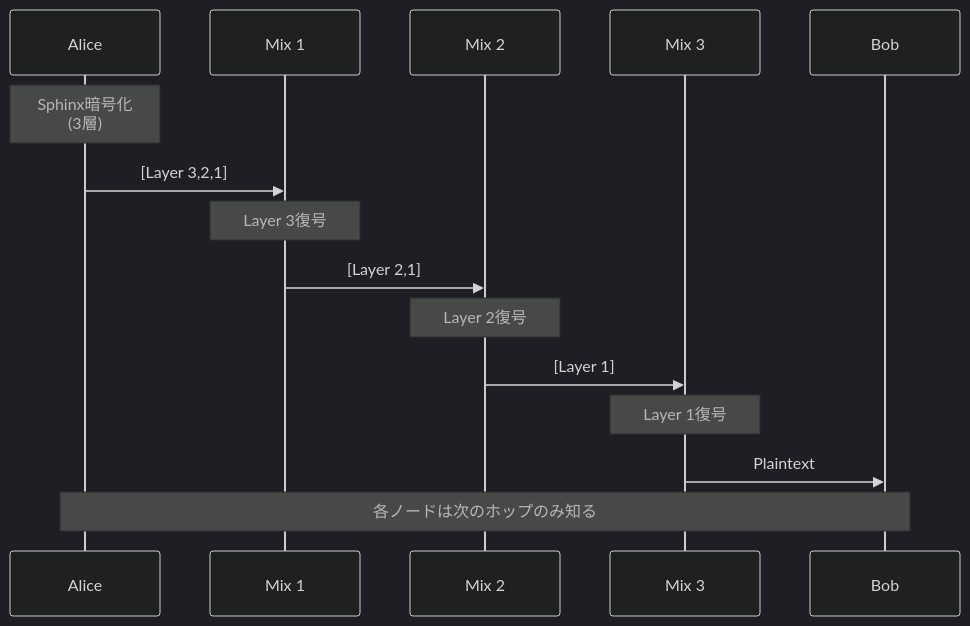
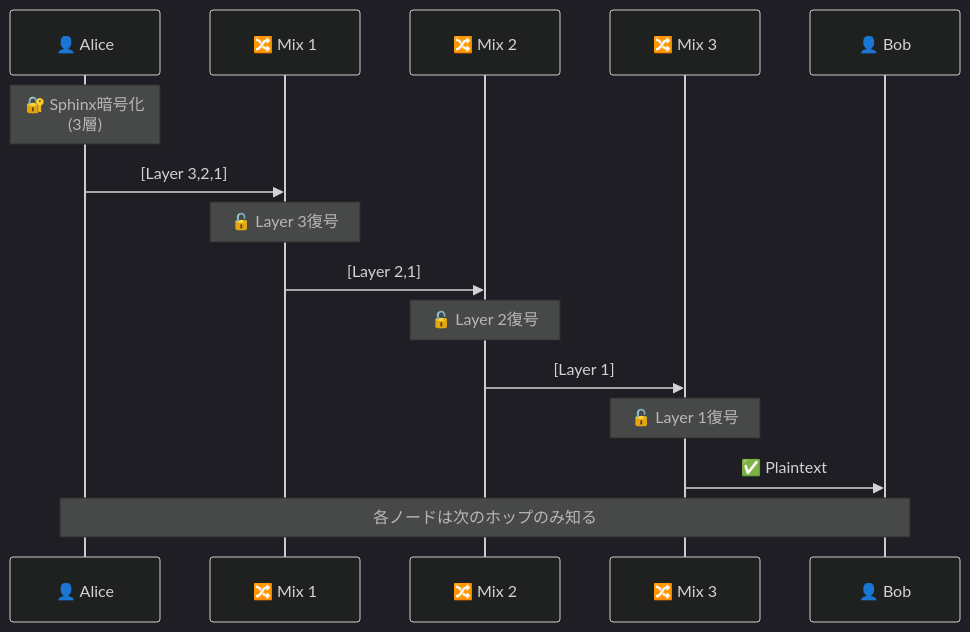
The fourth of 5 diagrams in presentation/slides.md (Nyx-Protocol/Nyx), drawn with Mermaid (dark theme) before and after one commit. The commit also changed other lines of this file and 9 other files, not shown here.

````diff
--- a/presentation/slides.md
+++ b/presentation/slides.md
@@ -392,22 +763,22 @@
-```mermaid
+```mermaid {scale: 0.5}
 sequenceDiagram
-    participant A as Alice
-    participant M1 as Mix 1
-    participant M2 as Mix 2
-    participant M3 as Mix 3
-    participant B as Bob
+    participant A as 👤 Alice
+    participant M1 as 🔀 Mix 1
+    participant M2 as 🔀 Mix 2
+    participant M3 as 🔀 Mix 3
+    participant B as 👤 Bob
     
-    Note over A: Sphinx暗号化<br/>(3層)
+    Note over A: 🔐 Sphinx暗号化<br/>(3層)
     A->>M1: [Layer 3,2,1]
     
-    Note over M1: Layer 3復号
+    Note over M1: 🔓 Layer 3復号
     M1->>M2: [Layer 2,1]
     
-    Note over M2: Layer 2復号
+    Note over M2: 🔓 Layer 2復号
     M2->>M3: [Layer 1]
     
-    Note over M3: Layer 1復号
-    M3->>B: Plaintext
+    Note over M3: 🔓 Layer 1復号
+    M3->>B: ✅ Plaintext
     
     Note over A,B: 各ノードは次のホップのみ知る
 ```
````
